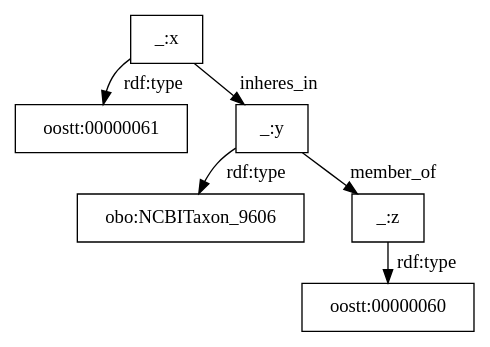
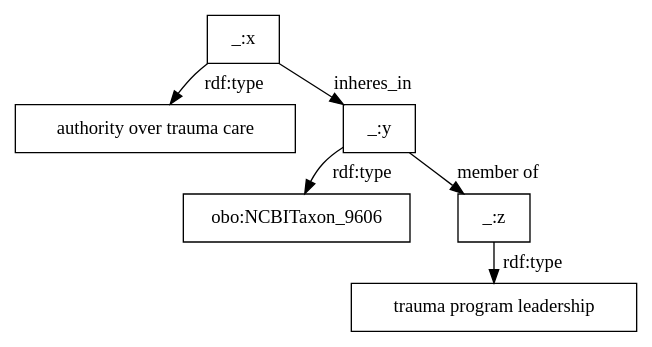
Before and after one commit to utecht/dideo-server: the diagram in cafe/graphs/9.dot, drawn with Graphviz. The commit also changed 20 other files, not shown here.

Commit message:
more graph syntax

```diff
--- a/cafe/graphs/9.dot
+++ b/cafe/graphs/9.dot
@@ -1,8 +1,8 @@
 digraph g { node [shape=rectangle];
 graph [splines=true, nodesep=.5, ranksep=0, overlap=false];
-"_:x" -> "oostt:00000061" [label="rdf:type"]
+"_:x" -> "authority over trauma care" [label="rdf:type"]
 "_:x" -> "_:y" [label="inheres_in"]
 "_:y" -> "obo:NCBITaxon_9606" [label="rdf:type"]
-"_:y" -> "_:z" [label="member_of"]
-"_:z" -> "oostt:00000060" [label="rdf:type"]
+"_:y" -> "_:z" [label="member of"]
+"_:z" -> "trauma program leadership" [label="rdf:type"]
 }
```
